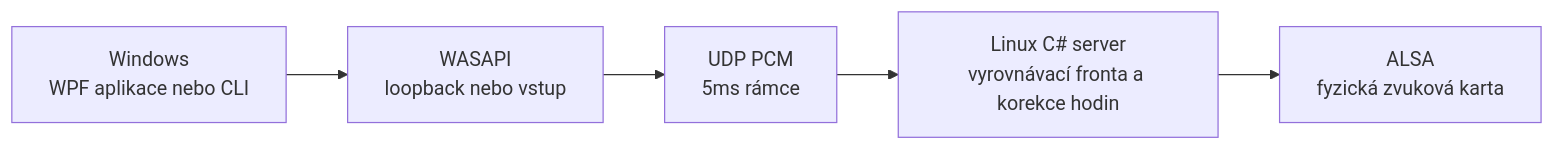
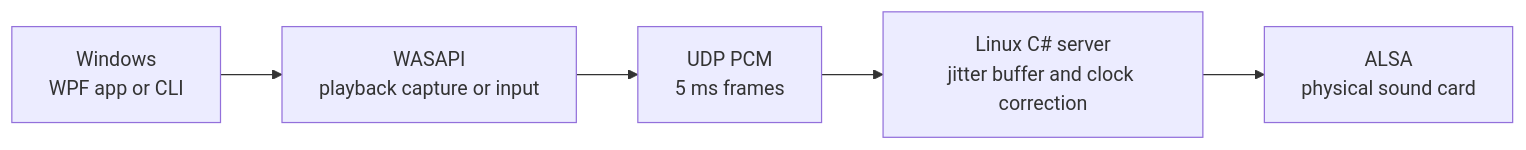
One commit to nks-hub/nks-audiolink changed the diagram in README.md. Above: the diagram before and after it, drawn with Mermaid. The commit also changed other lines of this file and 21 other files, not shown here.

````diff
--- a/README.md
+++ b/README.md
@@ -27,7 +27,7 @@
 ```mermaid
 flowchart LR
-    A["Windows<br/>WPF aplikace nebo CLI"] --> B["WASAPI<br/>loopback nebo vstup"]
-    B --> C["UDP PCM<br/>5ms rámce"]
-    C --> D["Linux C# server<br/>vyrovnávací fronta a korekce hodin"]
-    D --> E["ALSA<br/>fyzická zvuková karta"]
+    A["Windows<br/>WPF app or CLI"] --> B["WASAPI<br/>playback capture or input"]
+    B --> C["UDP PCM<br/>5 ms frames"]
+    C --> D["Linux C# server<br/>jitter buffer and clock correction"]
+    D --> E["ALSA<br/>physical sound card"]
 ```
````
